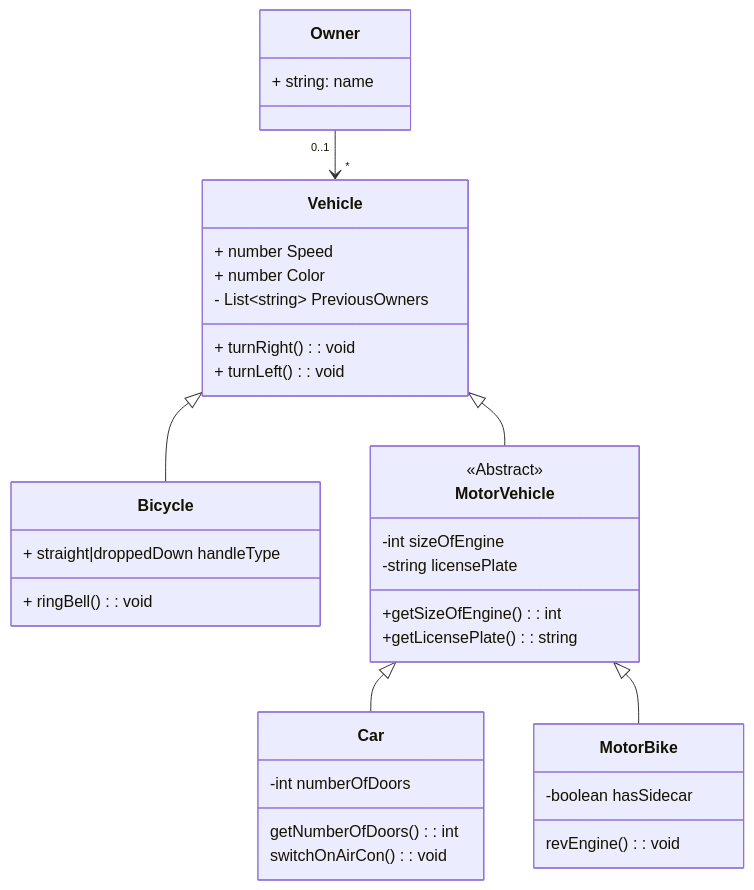
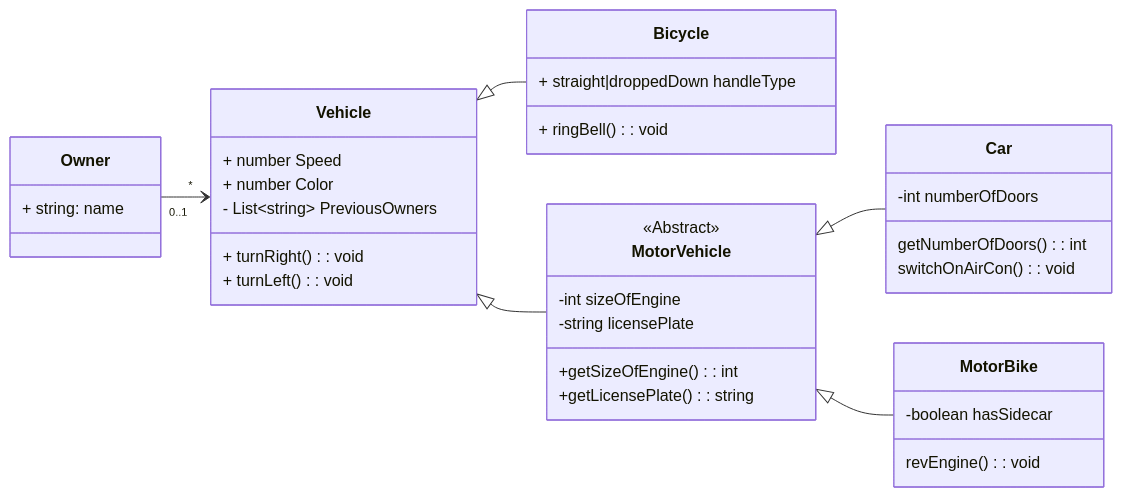
Before and after one commit to sjoedwards/mermaid-examples: the diagram in classDiagrams/classDiagram.1.md, drawn with Mermaid. The commit also changed 1 other file, not shown here.

Commit message:
add state diagram

````diff
--- a/classDiagrams/classDiagram.1.md
+++ b/classDiagrams/classDiagram.1.md
@@ -1,45 +1,46 @@
 ```mermaid
 classDiagram
+direction LR
 Owner "0..1" --> "*" Vehicle
 Vehicle <|-- Bicycle
 Vehicle <|-- MotorVehicle
 MotorVehicle <|-- Car
 MotorVehicle <|-- MotorBike
 
 class Owner {
   + string: name
 }
 
 class Vehicle {
   + number Speed
   + number Color
   - List~string~ PreviousOwners
   + turnRight(): void
   + turnLeft(): void
 }
 
 class Bicycle {
   + straight|droppedDown handleType
   + ringBell(): void
 }
 
 class MotorVehicle {
 <<Abstract>>
   -int sizeOfEngine
   -string licensePlate
   +getSizeOfEngine(): int
   +getLicensePlate(): string
 }
 
 class Car {
  -int numberOfDoors
  getNumberOfDoors(): int
  switchOnAirCon(): void
 }
 
 class MotorBike {
   -boolean hasSidecar
   revEngine(): void
 }
 
 ```
````
